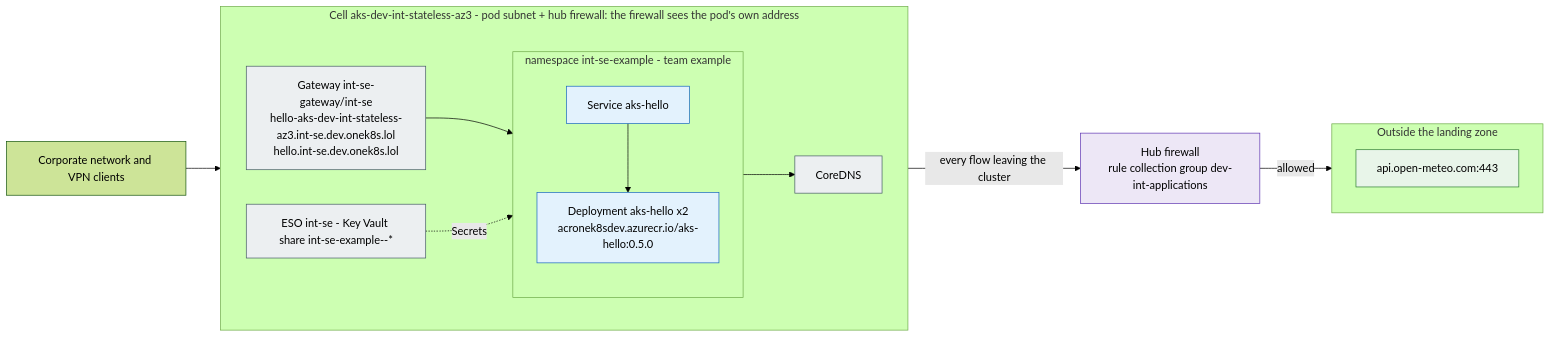
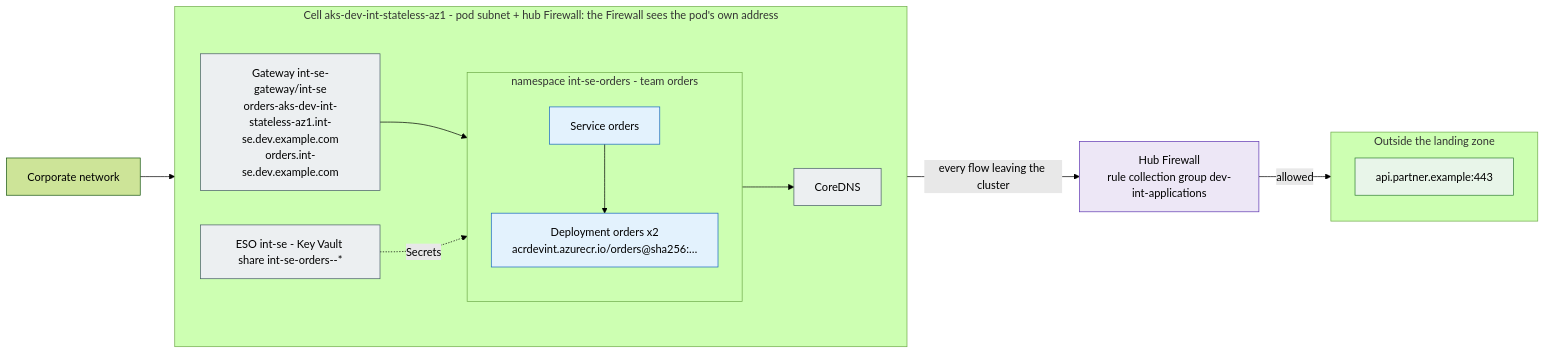
One commit to onek8s/onek8s.github.io changed the diagram in diagrams/5.3-example-application.mmd. Above: the diagram before and after it, drawn with Mermaid (forest theme). The commit also changed 40 other files, not shown here.

```diff
--- a/diagrams/5.3-example-application.mmd
+++ b/diagrams/5.3-example-application.mmd
@@ -1,39 +1,39 @@
-%% Example of a generated per-application picture (section 5.3): int-se-example on the dev lab's cell az3
-%% (azure-landing-zone docs/traffic-flows).
+%% Example of a generated per-application picture (section 5.3): int-se-orders in an internal dev cell where the hub
+%% Firewall decides egress (D61). Names and addresses are examples.
 flowchart LR
-    client["Corporate network and VPN clients"]
-    subgraph CELL["Cell aks-dev-int-stateless-az3 - pod subnet + hub firewall: the firewall sees the pod's own address"]
+    client["Corporate network"]
+    subgraph CELL["Cell aks-dev-int-stateless-az1 - pod subnet + hub Firewall: the Firewall sees the pod's own address"]
         direction LR
-        gw["Gateway int-se-gateway/int-se<br/>hello-aks-dev-int-stateless-az3.int-se.dev.onek8s.lol<br/>hello.int-se.dev.onek8s.lol"]
-        subgraph NS["namespace int-se-example - team example"]
+        gw["Gateway int-se-gateway/int-se<br/>orders-aks-dev-int-stateless-az1.int-se.dev.example.com<br/>orders.int-se.dev.example.com"]
+        subgraph NS["namespace int-se-orders - team orders"]
             direction TB
-            svc_aks_hello["Service aks-hello"]
-            wl_aks_hello["Deployment aks-hello x2<br/>acronek8sdev.azurecr.io/aks-hello:0.5.0"]
+            svc_orders["Service orders"]
+            wl_orders["Deployment orders x2<br/>acrdevint.azurecr.io/orders@sha256:…"]
         end
         dns["CoreDNS"]
-        eso["ESO int-se - Key Vault share int-se-example--*"]
+        eso["ESO int-se - Key Vault share int-se-orders--*"]
     end
-    fw["Hub firewall<br/>rule collection group dev-int-applications"]
+    fw["Hub Firewall<br/>rule collection group dev-int-applications"]
     subgraph OUT["Outside the landing zone"]
         direction TB
-        d_api_open_meteo_com["api.open-meteo.com:443"]
+        d_api_partner_example["api.partner.example:443"]
     end
     client --> gw
-    gw --> svc_aks_hello
-    svc_aks_hello --> wl_aks_hello
-    wl_aks_hello --> dns
-    eso -.->|"Secrets"| wl_aks_hello
-    wl_aks_hello -->|"every flow leaving the cluster"| fw
-    fw -->|"allowed"| d_api_open_meteo_com
+    gw --> svc_orders
+    svc_orders --> wl_orders
+    wl_orders --> dns
+    eso -.->|"Secrets"| wl_orders
+    wl_orders -->|"every flow leaving the cluster"| fw
+    fw -->|"allowed"| d_api_partner_example
     classDef ns fill:#e3f2fd,stroke:#1565c0,color:#000
     classDef platform fill:#eceff1,stroke:#455a64,color:#000
     classDef fw fill:#ede7f6,stroke:#5e35b1,color:#000
     classDef allowed fill:#e8f5e9,stroke:#2e7d32,color:#000
     classDef unexplained fill:#fff8e1,stroke:#ef6c00,color:#000
     classDef missing fill:#ffebee,stroke:#c62828,color:#000,stroke-dasharray: 5 5
     classDef proposed fill:#f3e5f5,stroke:#7b1fa2,color:#000,stroke-dasharray: 5 5
     classDef zone fill:#e0f2f1,stroke:#00695c,color:#000
     class gw,dns,eso platform
     class fw fw
-    class svc_aks_hello,wl_aks_hello ns
-    class d_api_open_meteo_com allowed
+    class svc_orders,wl_orders ns
+    class d_api_partner_example allowed
```
